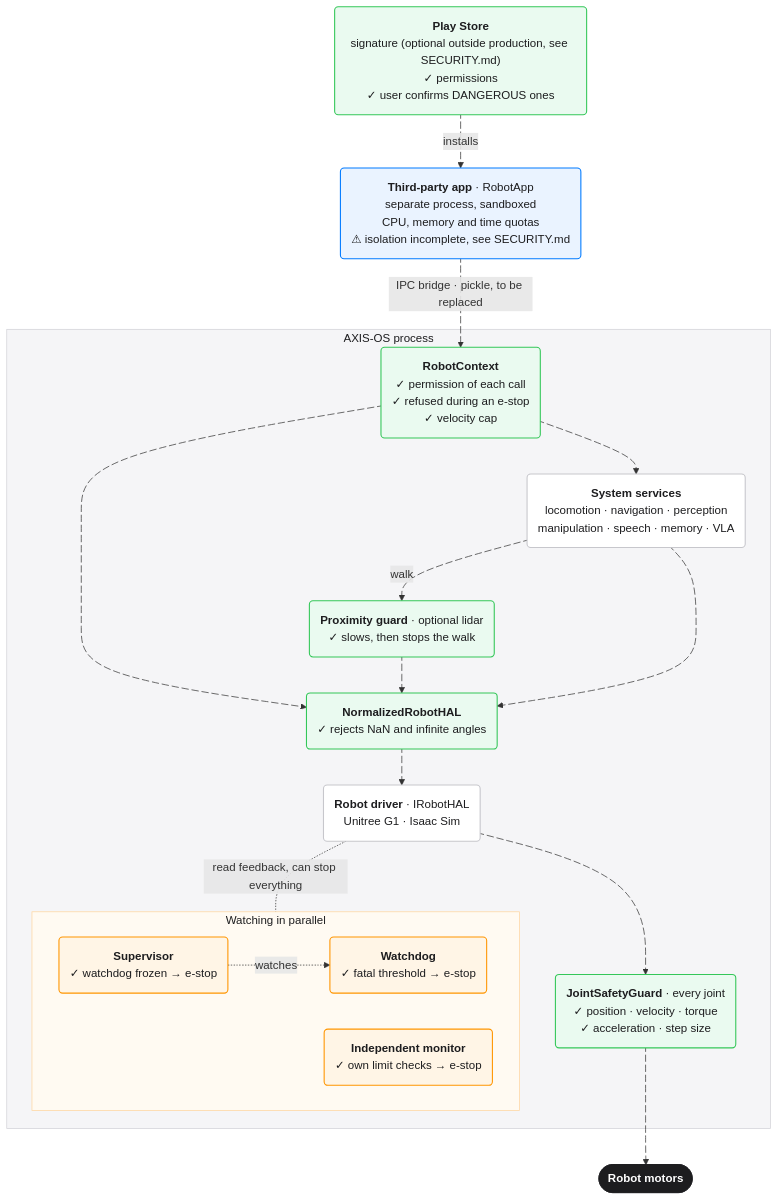
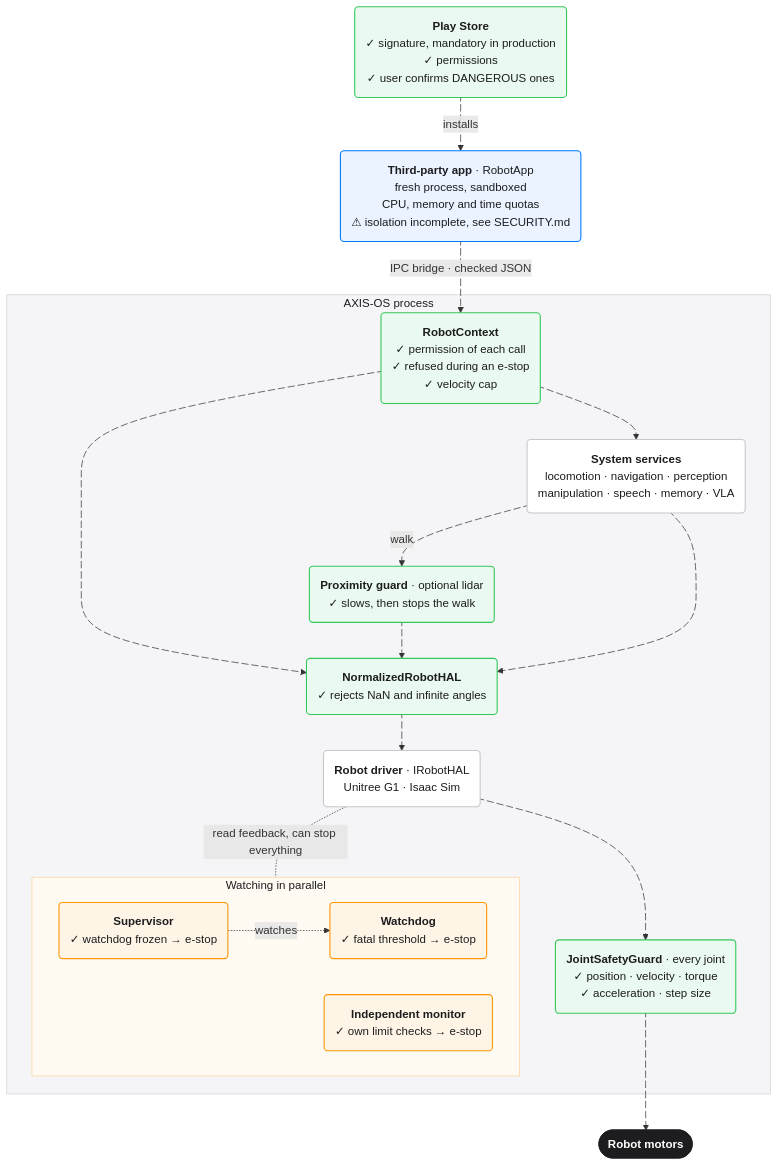
The diagram in README.md (OS-AXIS/AXIS-OS), drawn with Mermaid before and after one commit. The commit also changed other lines of this file and 26 other files, not shown here.

````diff
--- a/README.md
+++ b/README.md
@@ -50,66 +50,66 @@
 ```mermaid
 ---
 config:
   layout: dagre
   fontFamily: "-apple-system, BlinkMacSystemFont, 'SF Pro Text', 'Helvetica Neue', Helvetica, Arial, sans-serif"
   flowchart:
     wrappingWidth: 320
   themeCSS: ".node rect, .cluster rect { rx: 14px; ry: 14px; } .edgeLabel foreignObject { overflow: visible; } .labelBkg { background: none; } .labelBkg .edgeLabel { display: inline-block; padding: 0 8px; border-radius: 999px; background: #ffffff; border: 1px solid #d2d2d7; color: #3a3a3c; } .labelBkg .edgeLabel p { background: none; margin: 0; } .labelBkg .edgeLabel:empty { display: none; } .flowchart-link { stroke: #8e8e93; stroke-width: 1.3px; } .marker { fill: #8e8e93; stroke: #8e8e93; } .edge-animation-fast { stroke: #007aff; stroke-dasharray: 0 20 !important; stroke-width: 5px; } @media (prefers-reduced-motion: reduce) { .edge-animation-fast { animation: none; } }"
 ---
 flowchart TB
-    PS("<b>Play Store</b><br/>signature (optional outside production, see SECURITY.md)<br/>✓ permissions<br/>✓ user confirms DANGEROUS ones")
+    PS("<b>Play Store</b><br/>✓ signature, mandatory in production<br/>✓ permissions<br/>✓ user confirms DANGEROUS ones")
 
-    A("<b>Third-party app</b> · RobotApp<br/>separate process, sandboxed<br/>CPU, memory and time quotas<br/>⚠ isolation incomplete, see SECURITY.md")
+    A("<b>Third-party app</b> · RobotApp<br/>fresh process, sandboxed<br/>CPU, memory and time quotas<br/>⚠ isolation incomplete, see SECURITY.md")
 
     subgraph OS["AXIS-OS process"]
         CTX("<b>RobotContext</b><br/>✓ permission of each call<br/>✓ refused during an e-stop<br/>✓ velocity cap")
         SV("<b>System services</b><br/>locomotion · navigation · perception<br/>manipulation · speech · memory · VLA")
         G("<b>Proximity guard</b> · optional lidar<br/>✓ slows, then stops the walk")
         N("<b>NormalizedRobotHAL</b><br/>✓ rejects NaN and infinite angles")
         D("<b>Robot driver</b> · IRobotHAL<br/>Unitree G1 · Isaac Sim")
         J("<b>JointSafetyGuard</b> · every joint<br/>✓ position · velocity · torque<br/>✓ acceleration · step size")
         subgraph MON["Watching in parallel"]
             W("<b>Watchdog</b><br/>✓ fatal threshold → e-stop")
             SU("<b>Supervisor</b><br/>✓ watchdog frozen → e-stop")
             IM("<b>Independent monitor</b><br/>✓ own limit checks → e-stop")
         end
     end
 
     R(["<b>Robot motors</b>"])
 
     PS e1@-->|installs| A
-    A e2@-->|"IPC bridge · pickle, to be replaced"| CTX
+    A e2@-->|"IPC bridge · checked JSON"| CTX
     CTX e3@--> SV
     CTX e4@--> N
     SV e5@-->|walk| G
     G e6@--> N
     SV e7@--> N
     N e8@--> D
     D e9@--> J
     J e10@--> R
     SU -.->|watches| W
     D -.-|"read feedback, can stop everything"| MON
 
     e1@{ animate: true }
     e2@{ animate: true }
     e3@{ animate: true }
     e4@{ animate: true }
     e5@{ animate: true }
     e6@{ animate: true }
     e7@{ animate: true }
     e8@{ animate: true }
     e9@{ animate: true }
     e10@{ animate: true }
     classDef app fill:#eaf3ff,stroke:#007aff,stroke-width:1.5px,color:#1d1d1f
     classDef check fill:#eafaf0,stroke:#34c759,stroke-width:1.5px,color:#1d1d1f
     classDef watch fill:#fff5e6,stroke:#ff9500,stroke-width:1.5px,color:#1d1d1f
     classDef plain fill:#ffffff,stroke:#c7c7cc,stroke-width:1.5px,color:#1d1d1f
     classDef motor fill:#1d1d1f,stroke:#1d1d1f,color:#ffffff
     class A app
     class PS,CTX,G,N,J check
     class W,SU,IM watch
     class SV,D plain
     class R motor
     style OS fill:#f5f5f7,stroke:#d2d2d7,color:#1d1d1f
     style MON fill:#fffaf2,stroke:#ffd59e,color:#1d1d1f
 ```
````
